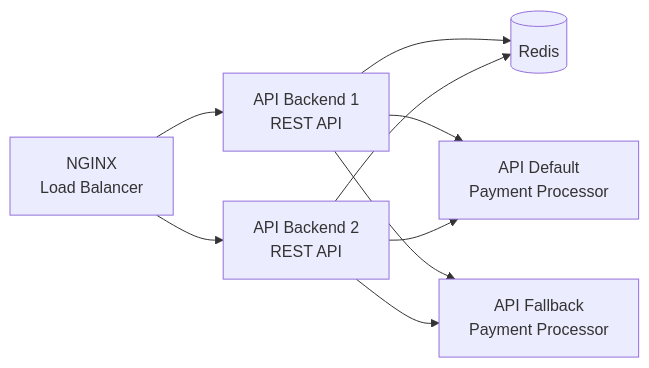
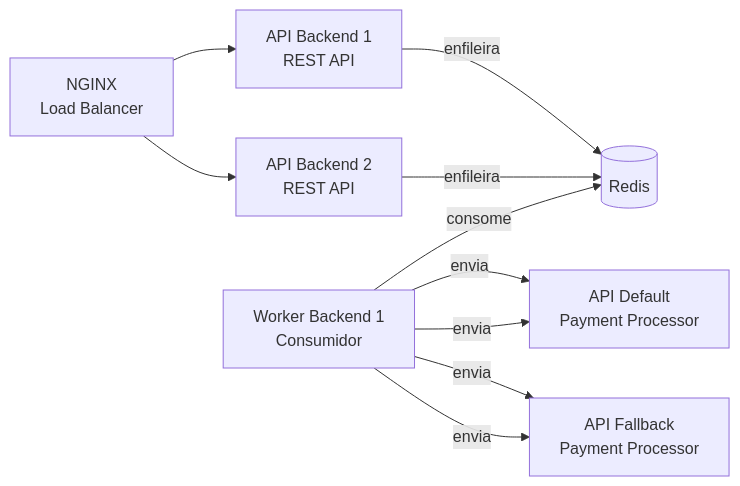
Before and after one commit to zsantana/rinha-de-backend-2025: the first of 4 diagrams in participantes/caiqueborges-quarkus/README.md, drawn with Mermaid. The commit also changed other lines of this file and 4 other files, not shown here.

````diff
--- a/participantes/caiqueborges-quarkus/README.md
+++ b/participantes/caiqueborges-quarkus/README.md
@@ -14,18 +14,21 @@
 ```mermaid
 flowchart LR
     NGINX[NGINX<br>Load Balancer]
     API1[API Backend 1<br>REST API]
     API2[API Backend 2<br>REST API]
+    WORKER1[Worker Backend 1<br>Consumidor]
     REDIS[(Redis)]
     DEFAULT[API Default<br>Payment Processor]
     FALLBACK[API Fallback<br>Payment Processor]
 
     NGINX --> API1
     NGINX --> API2
-    API1 --> REDIS
-    API2 --> REDIS
-    API1 --> DEFAULT
-    API1 --> FALLBACK
-    API2 --> DEFAULT
-    API2 --> FALLBACK
+    API1 -->|enfileira| REDIS
+    API2 -->|enfileira| REDIS
+    WORKER1 -->|consome| REDIS
+    WORKER1 -->|envia| DEFAULT
+    WORKER1 -->|envia| FALLBACK
+    WORKER1 -->|envia| DEFAULT
+    WORKER1 -->|envia| FALLBACK
+
 ```
````
